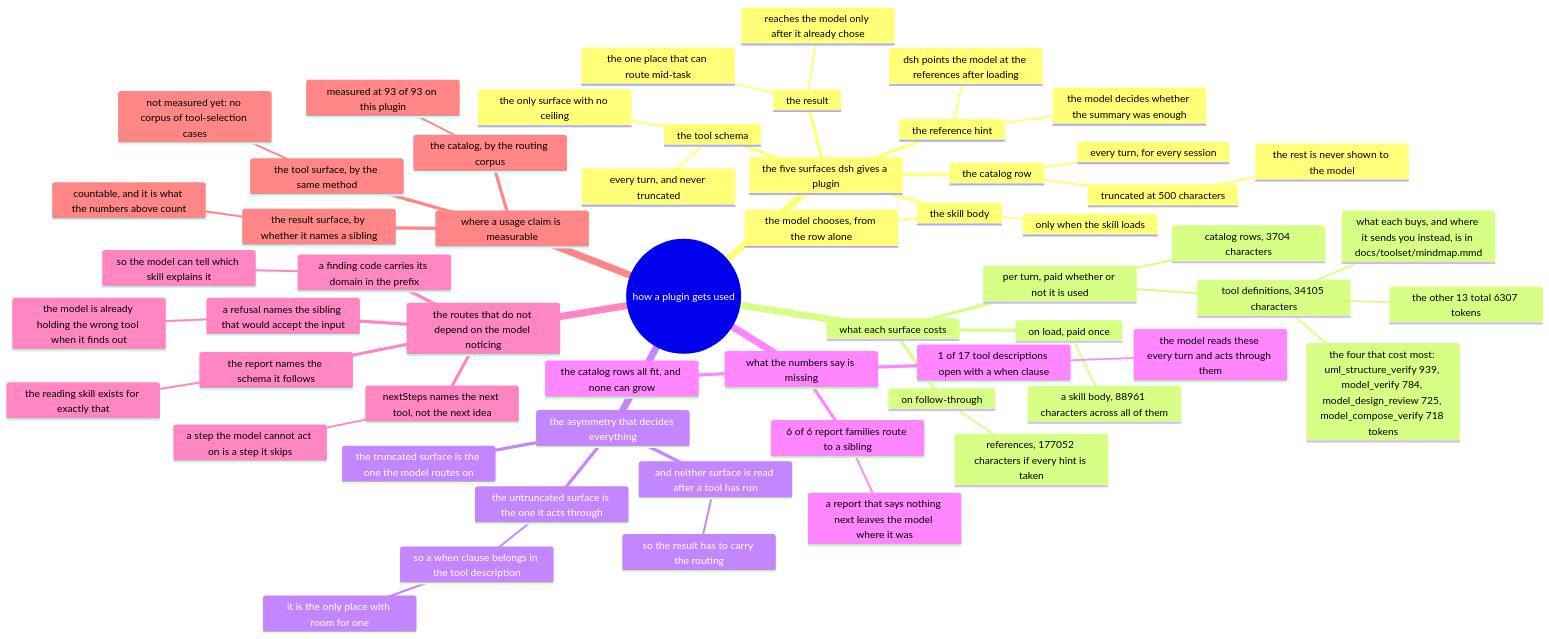
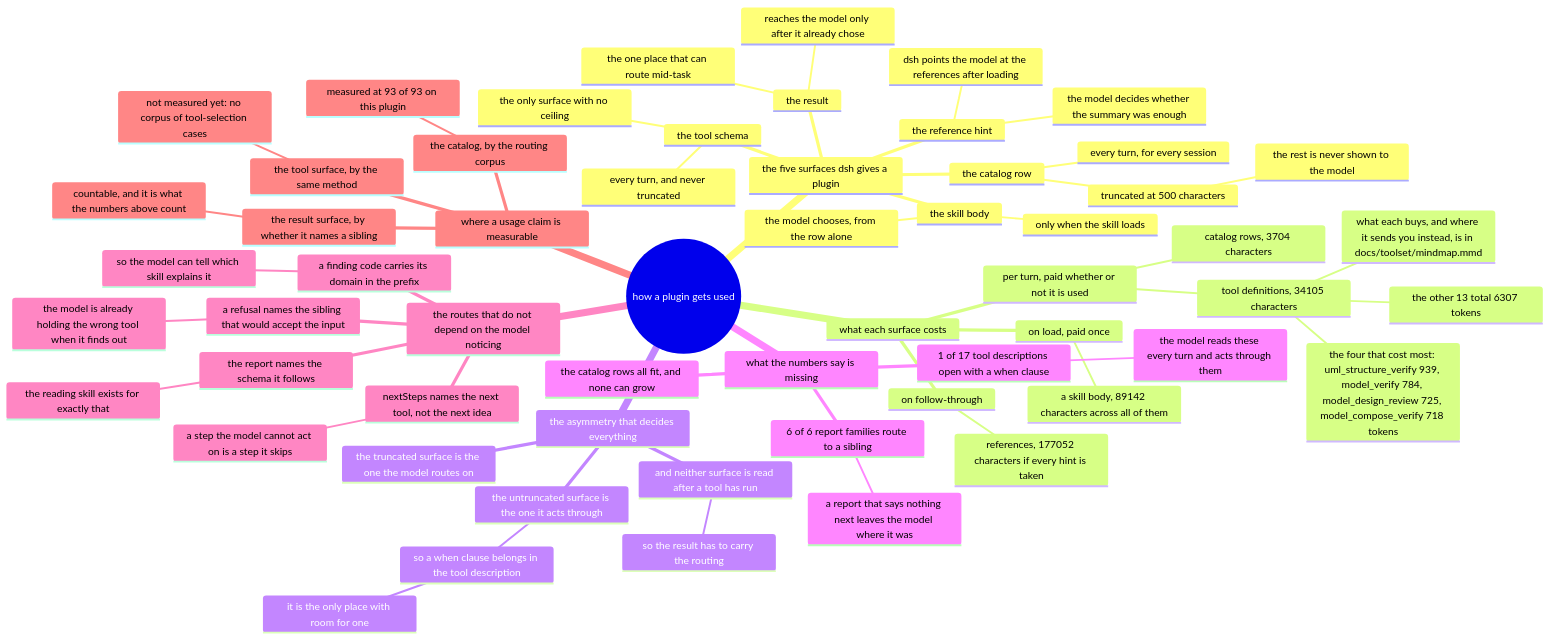
Before and after one commit to AmethystLuna/dsh-model-everything: the diagram in docs/usage/mindmap.mmd, drawn with Mermaid. The commit also changed 16 other files, not shown here.

```diff
--- a/docs/usage/mindmap.mmd
+++ b/docs/usage/mindmap.mmd
@@ -1,59 +1,59 @@
 mindmap
 root((how a plugin gets used))
   the five surfaces dsh gives a plugin
     the catalog row
       every turn, for every session
       truncated at 500 characters
         the rest is never shown to the model
     the skill body
       only when the skill loads
       the model chooses, from the row alone
     the reference hint
       dsh points the model at the references after loading
       the model decides whether the summary was enough
     the tool schema
       every turn, and never truncated
       the only surface with no ceiling
     the result
       reaches the model only after it already chose
       the one place that can route mid-task
   what each surface costs
     per turn, paid whether or not it is used
       catalog rows, 3704 characters
       tool definitions, 34105 characters
         the four that cost most: uml_structure_verify 939, model_verify 784, model_design_review 725, model_compose_verify 718 tokens
         the other 13 total 6307 tokens
         what each buys, and where it sends you instead, is in docs/toolset/mindmap.mmd
     on load, paid once
-      a skill body, 88961 characters across all of them
+      a skill body, 89142 characters across all of them
     on follow-through
       references, 177052 characters if every hint is taken
   the asymmetry that decides everything
     the truncated surface is the one the model routes on
     the untruncated surface is the one it acts through
       so a when clause belongs in the tool description
         it is the only place with room for one
     and neither surface is read after a tool has run
       so the result has to carry the routing
   what the numbers say is missing
     1 of 17 tool descriptions open with a when clause
       the model reads these every turn and acts through them
     6 of 6 report families route to a sibling
       a report that says nothing next leaves the model where it was
     the catalog rows all fit, and none can grow
   the routes that do not depend on the model noticing
     a refusal names the sibling that would accept the input
       the model is already holding the wrong tool when it finds out
     nextSteps names the next tool, not the next idea
       a step the model cannot act on is a step it skips
     a finding code carries its domain in the prefix
       so the model can tell which skill explains it
     the report names the schema it follows
       the reading skill exists for exactly that
   where a usage claim is measurable
     the catalog, by the routing corpus
       measured at 93 of 93 on this plugin
     the tool surface, by the same method
       not measured yet: no corpus of tool-selection cases
     the result surface, by whether it names a sibling
       countable, and it is what the numbers above count
```
